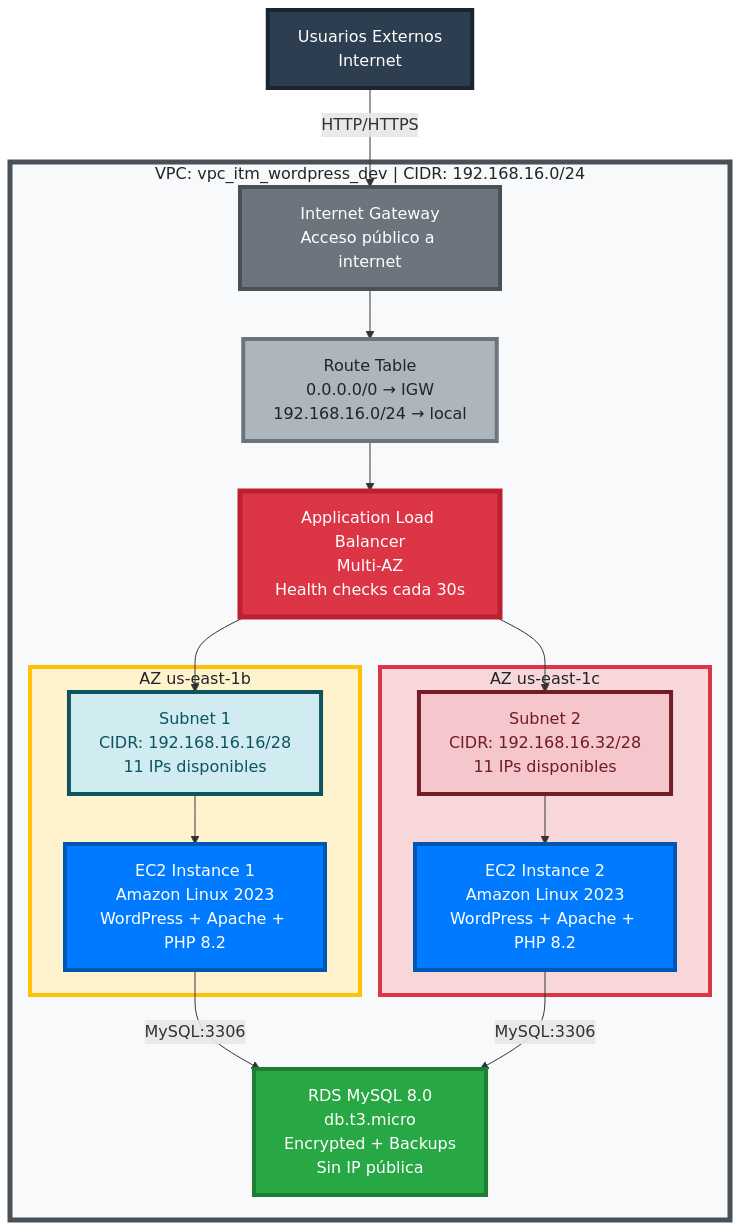
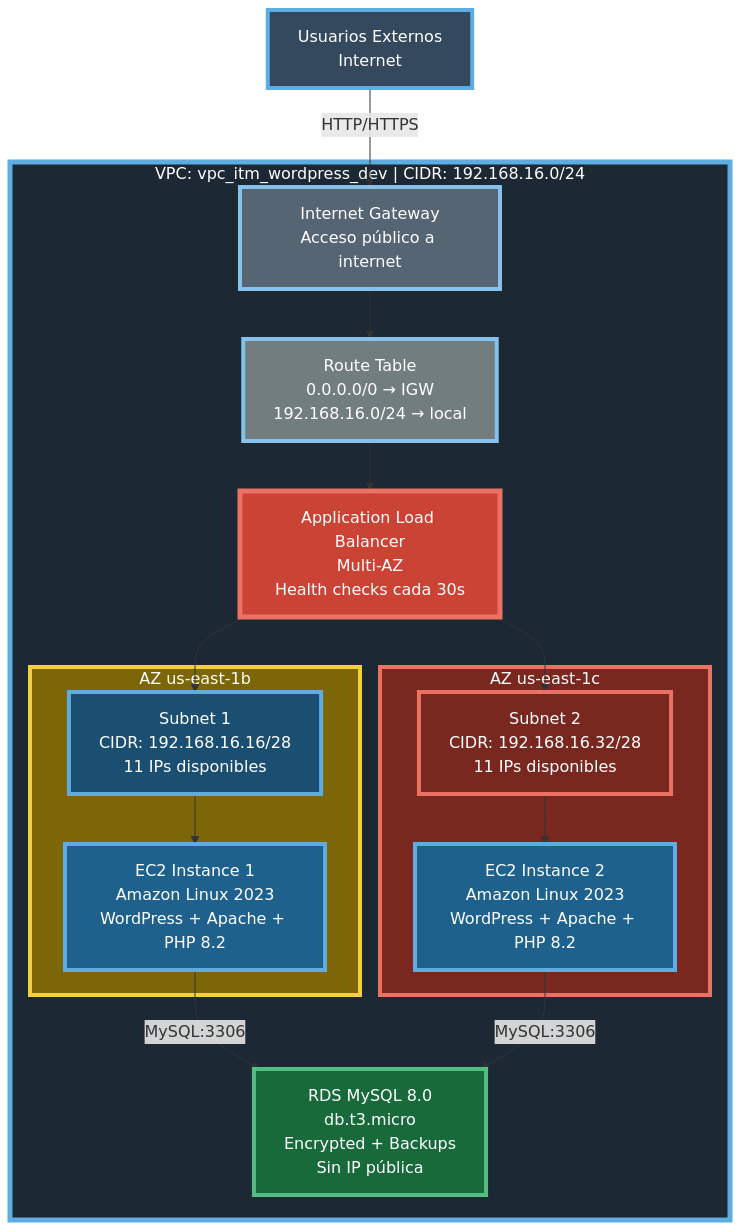
Before and after one commit to gjoiver/terraform-project: the diagram in README.md, drawn with Mermaid.

Commit message:
add dark mode

````diff
--- a/README.md
+++ b/README.md
@@ -15,51 +15,51 @@
 ```mermaid
 graph TB
     Users["Usuarios Externos<br/>Internet"]
 
     subgraph VPC["VPC: vpc_itm_wordpress_dev | CIDR: 192.168.16.0/24"]
         IGW["Internet Gateway<br/>Acceso público a internet"]
 
         RT["Route Table<br/>0.0.0.0/0 → IGW<br/>192.168.16.0/24 → local"]
 
         ALB["Application Load Balancer<br/>Multi-AZ<br/>Health checks cada 30s"]
 
         subgraph AZ1["AZ us-east-1b"]
             Subnet1["Subnet 1<br/>CIDR: 192.168.16.16/28<br/>11 IPs disponibles"]
             EC2_1["EC2 Instance 1<br/>Amazon Linux 2023<br/>WordPress + Apache + PHP 8.2"]
         end
 
         subgraph AZ2["AZ us-east-1c"]
             Subnet2["Subnet 2<br/>CIDR: 192.168.16.32/28<br/>11 IPs disponibles"]
             EC2_2["EC2 Instance 2<br/>Amazon Linux 2023<br/>WordPress + Apache + PHP 8.2"]
         end
 
         RDS["RDS MySQL 8.0<br/>db.t3.micro<br/>Encrypted + Backups<br/>Sin IP pública"]
     end
 
     Users -->|HTTP/HTTPS| IGW
     IGW --> RT
     RT --> ALB
     ALB --> Subnet1
     ALB --> Subnet2
     Subnet1 --> EC2_1
     Subnet2 --> EC2_2
     EC2_1 -->|MySQL:3306| RDS
     EC2_2 -->|MySQL:3306| RDS
 
-    style Users fill:#2C3E50,stroke:#1A252F,stroke-width:4px,color:#FFFFFF
+    style Users fill:#34495E,stroke:#5DADE2,stroke-width:4px,color:#FFFFFF
 
-    style VPC fill:#F8F9FA,stroke:#495057,stroke-width:5px,color:#212529
-    style IGW fill:#6C757D,stroke:#495057,stroke-width:4px,color:#FFFFFF
-    style RT fill:#ADB5BD,stroke:#6C757D,stroke-width:4px,color:#212529
-    style ALB fill:#DC3545,stroke:#BD2130,stroke-width:5px,color:#FFFFFF
+    style VPC fill:#1C2833,stroke:#5DADE2,stroke-width:5px,color:#FFFFFF
+    style IGW fill:#566573,stroke:#85C1E9,stroke-width:4px,color:#FFFFFF
+    style RT fill:#717D7E,stroke:#85C1E9,stroke-width:4px,color:#FFFFFF
+    style ALB fill:#CB4335,stroke:#EC7063,stroke-width:5px,color:#FFFFFF
 
-    style AZ1 fill:#FFF3CD,stroke:#FFC107,stroke-width:4px,color:#212529
-    style AZ2 fill:#F8D7DA,stroke:#DC3545,stroke-width:4px,color:#212529
+    style AZ1 fill:#7D6608,stroke:#F4D03F,stroke-width:4px,color:#FFFFFF
+    style AZ2 fill:#78281F,stroke:#EC7063,stroke-width:4px,color:#FFFFFF
 
-    style Subnet1 fill:#D1ECF1,stroke:#0C5460,stroke-width:4px,color:#0C5460
-    style Subnet2 fill:#F5C6CB,stroke:#721C24,stroke-width:4px,color:#721C24
+    style Subnet1 fill:#1B4F72,stroke:#5DADE2,stroke-width:4px,color:#FFFFFF
+    style Subnet2 fill:#78281F,stroke:#EC7063,stroke-width:4px,color:#FFFFFF
 
-    style EC2_1 fill:#007BFF,stroke:#0056B3,stroke-width:4px,color:#FFFFFF
-    style EC2_2 fill:#007BFF,stroke:#0056B3,stroke-width:4px,color:#FFFFFF
-    style RDS fill:#28A745,stroke:#1E7E34,stroke-width:4px,color:#FFFFFF
+    style EC2_1 fill:#1F618D,stroke:#5DADE2,stroke-width:4px,color:#FFFFFF
+    style EC2_2 fill:#1F618D,stroke:#5DADE2,stroke-width:4px,color:#FFFFFF
+    style RDS fill:#186A3B,stroke:#52BE80,stroke-width:4px,color:#FFFFFF
 ```
````
